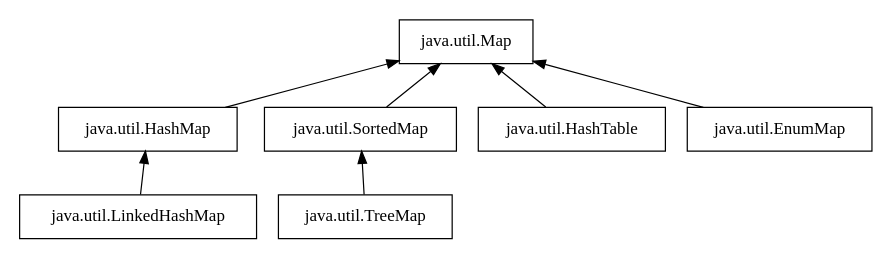
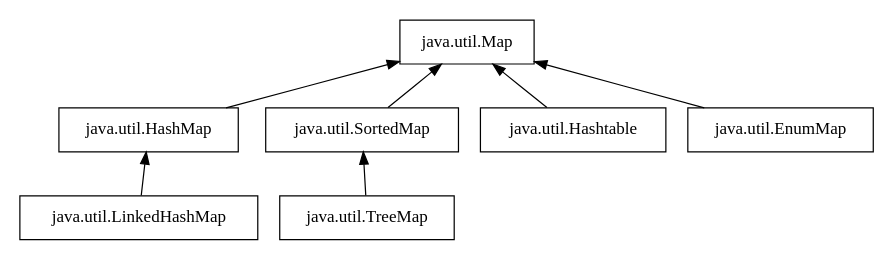
One commit to tquadrat/documents changed the diagram in src/map.gv. Above: the diagram before and after it, drawn with Graphviz. The commit also changed 3 other files, not shown here.

```diff
--- a/src/map.gv
+++ b/src/map.gv
@@ -1,16 +1,16 @@
 digraph {
   size="6,11"
   rankdir="BT"
   node          [shape=box]
   map           [label="java.util.Map"]
   hashmap       [label="java.util.HashMap"]
   sortedmap     [label="java.util.SortedMap"]
   linkedhashmap [label="java.util.LinkedHashMap"]
   treemap       [label="java.util.TreeMap"]
-  hashtable     [label="java.util.HashTable"]
+  hashtable     [label="java.util.Hashtable"]
   enummap       [label="java.util.EnumMap"]
   
   {hashmap,sortedmap,hashtable,enummap} -> map
   treemap -> sortedmap
   linkedhashmap -> hashmap
 }
```
